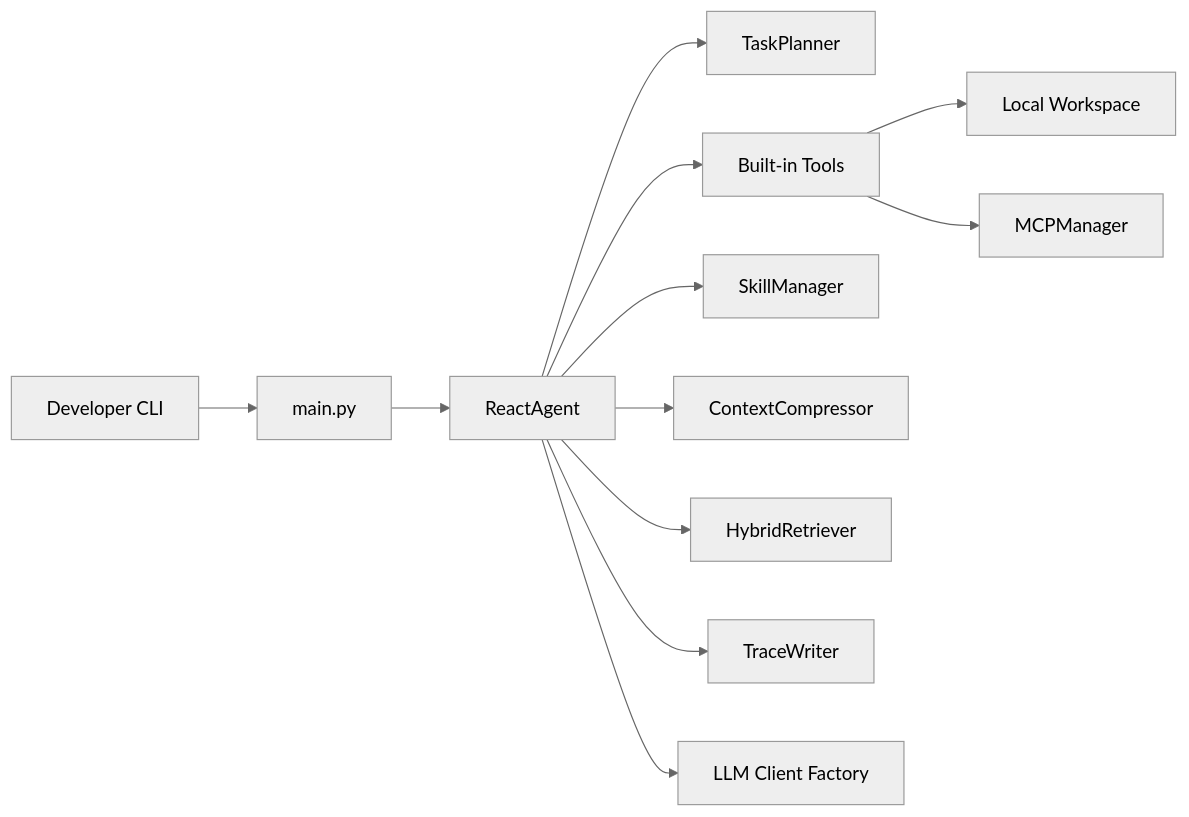
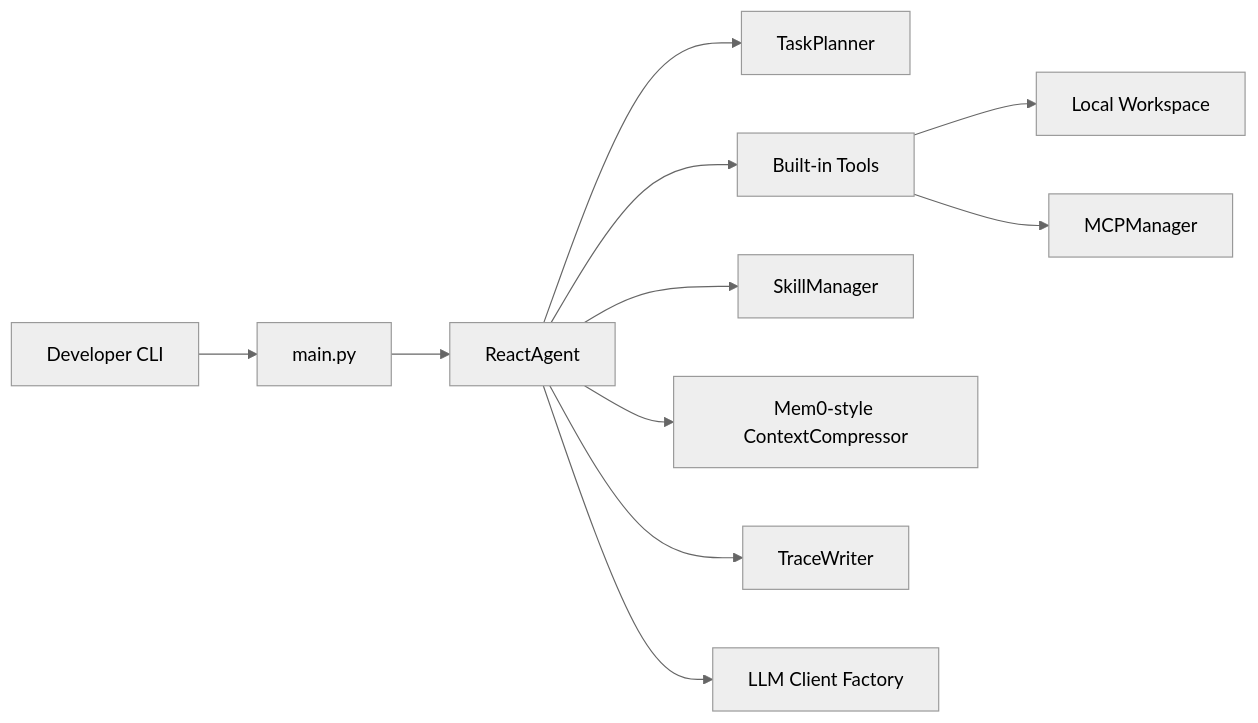
Before and after one commit to hwfengcs/DM-Code-Agent: the diagram in README_EN.md, drawn with Mermaid (neutral theme). The commit also changed other lines of this file and 34 other files, not shown here.

Commit message:
refactor: replace retrieval with local context memory

````diff
--- a/README_EN.md
+++ b/README_EN.md
@@ -261,14 +237,13 @@
 ```mermaid
 flowchart LR
     User[Developer CLI] --> Main[main.py]
     Main --> Agent[ReactAgent]
     Agent --> Planner[TaskPlanner]
     Agent --> Tools[Built-in Tools]
     Agent --> Skills[SkillManager]
-    Agent --> Memory[ContextCompressor]
-    Agent --> Retrieval[HybridRetriever]
+    Agent --> Memory[Mem0-style ContextCompressor]
     Agent --> Trace[TraceWriter]
     Tools --> Workspace[Local Workspace]
     Tools --> MCP[MCPManager]
     Agent --> LLM[LLM Client Factory]
 ```
````
